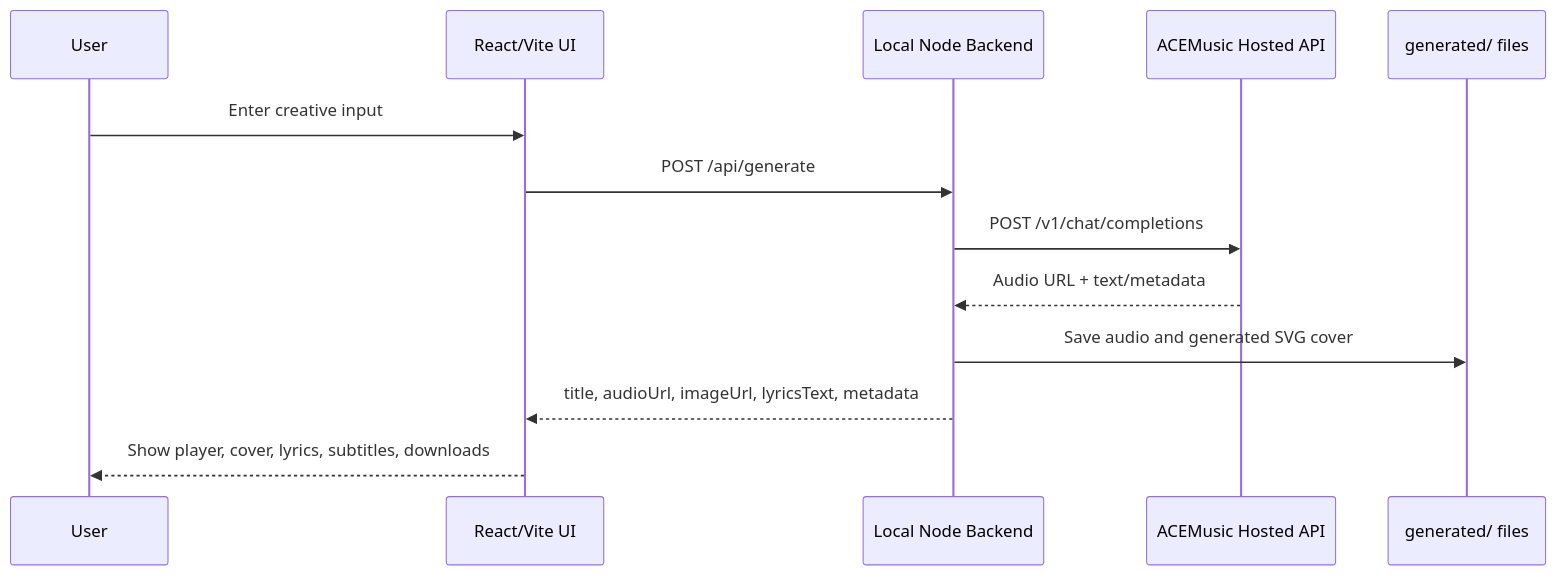
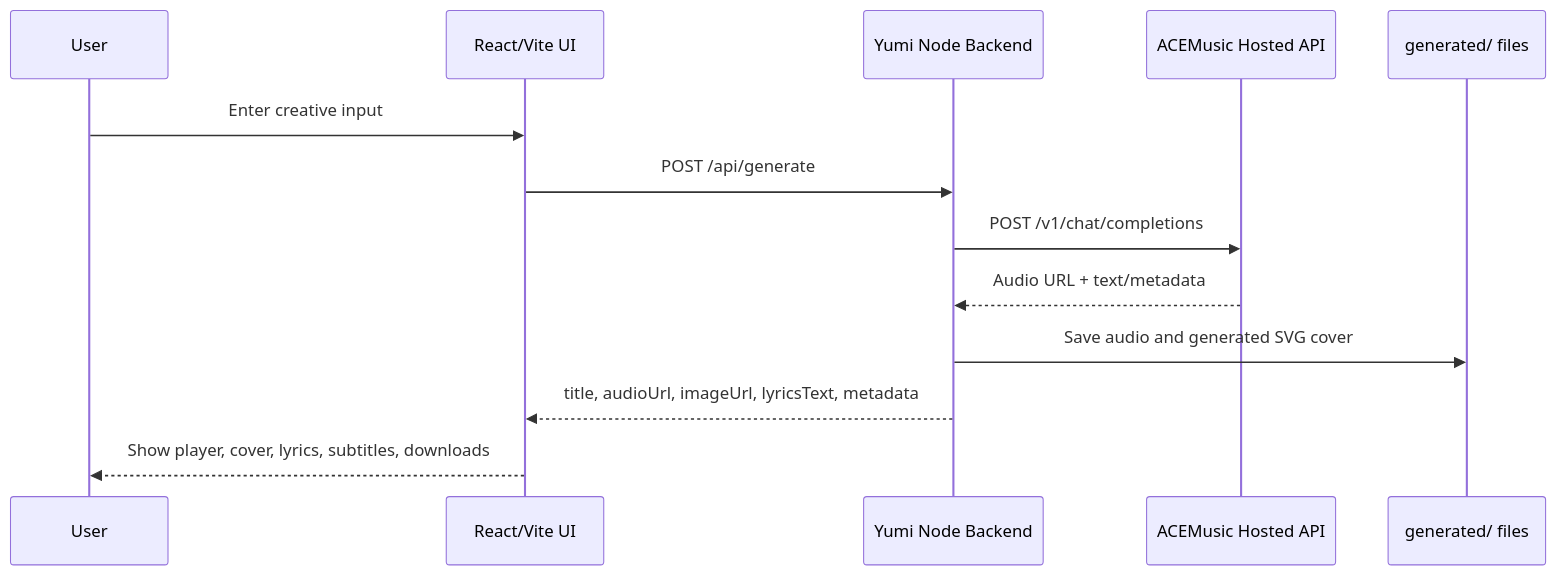
Before and after one commit to lettersfromsubin/yumi-ai-music-generator: the second of 3 diagrams in docs/DESIGN.md, drawn with Mermaid. The commit also changed other lines of this file and 9 other files, not shown here.

````diff
--- a/docs/DESIGN.md
+++ b/docs/DESIGN.md
@@ -121,16 +118,16 @@
 ```mermaid
 sequenceDiagram
     participant User
     participant UI as React/Vite UI
-    participant Backend as Local Node Backend
+    participant Backend as Yumi Node Backend
     participant Provider as ACEMusic Hosted API
     participant Files as generated/ files
 
     User->>UI: Enter creative input
     UI->>Backend: POST /api/generate
     Backend->>Provider: POST /v1/chat/completions
     Provider-->>Backend: Audio URL + text/metadata
     Backend->>Files: Save audio and generated SVG cover
     Backend-->>UI: title, audioUrl, imageUrl, lyricsText, metadata
     UI-->>User: Show player, cover, lyrics, subtitles, downloads
 ```
````
